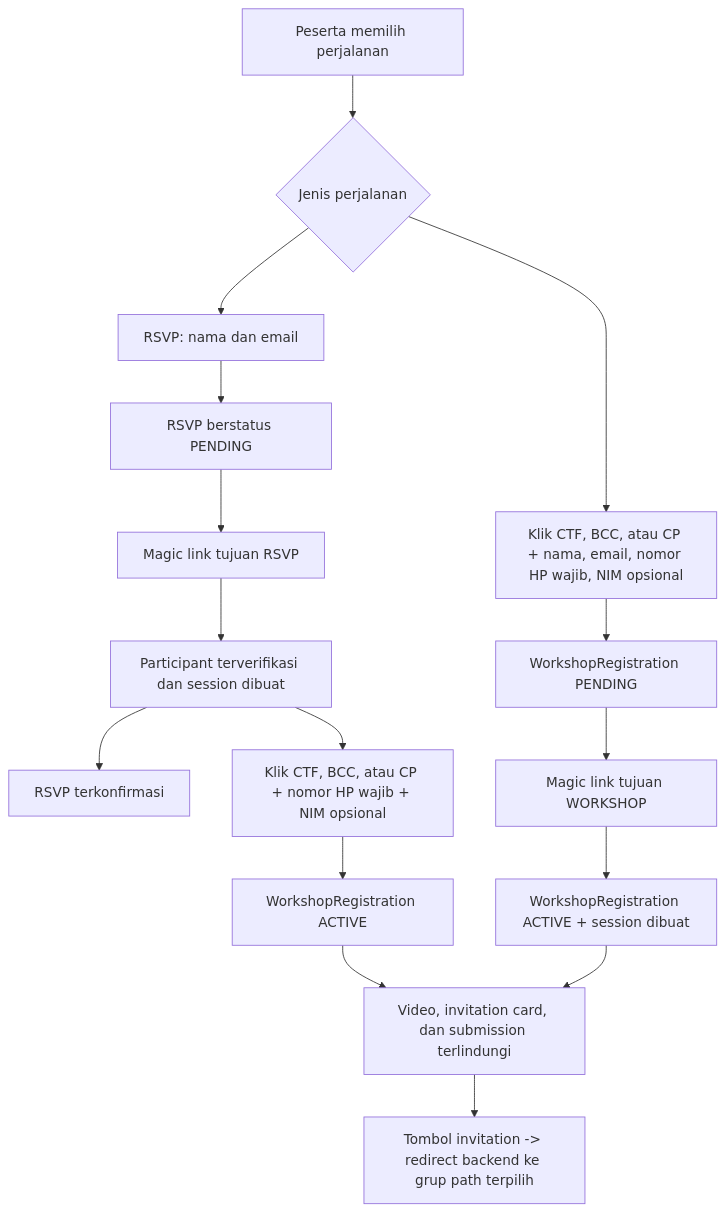
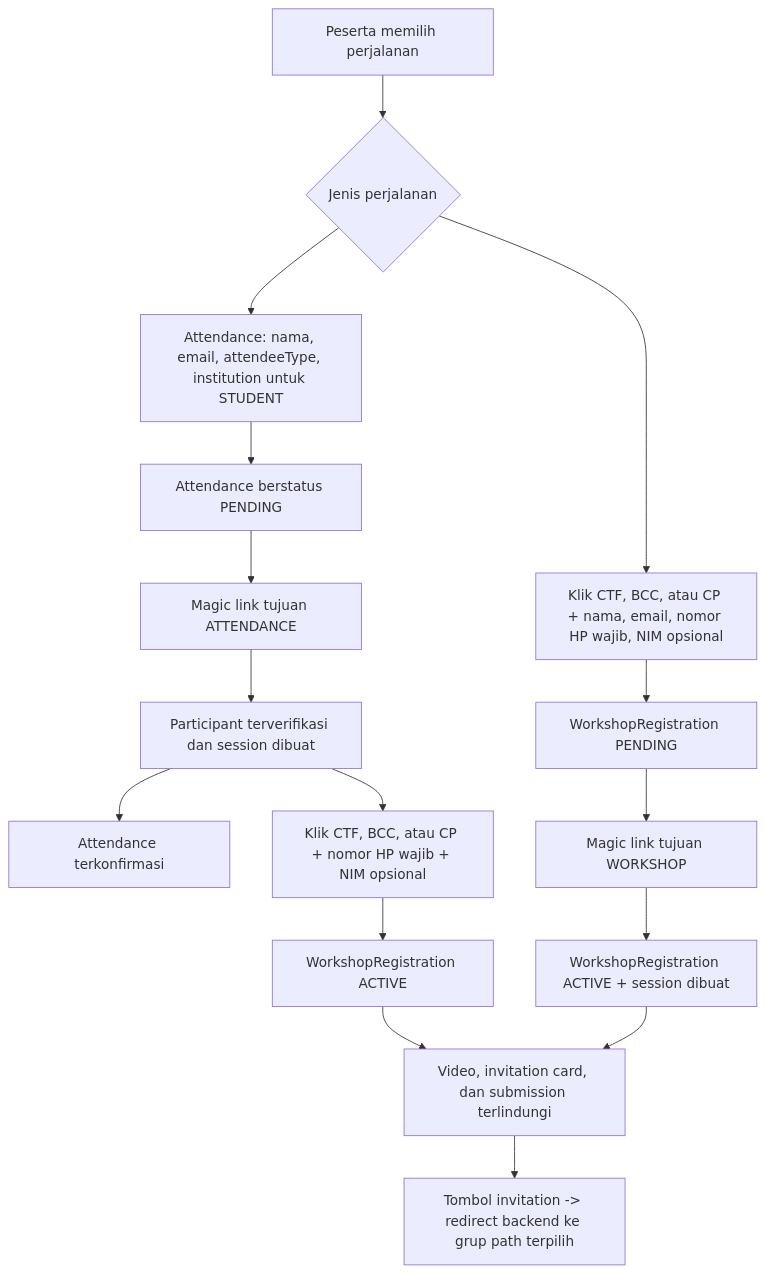
One commit to Website-AKSANG-SPARTA-2025/website-AkSang-SPARTA-2025 changed the first of 4 diagrams in docs/backend/README.md. Above: the diagram before and after it, drawn with Mermaid. The commit also changed other lines of this file and 11 other files, not shown here.

````diff
--- a/docs/backend/README.md
+++ b/docs/backend/README.md
@@ -24,21 +25,21 @@
 ```mermaid
 flowchart TB
     start["Peserta memilih perjalanan"] --> choice{"Jenis perjalanan"}
 
-    choice --> rsvpForm["RSVP: nama dan email"]
-    rsvpForm --> rsvpPending["RSVP berstatus PENDING"]
-    rsvpPending --> rsvpLink["Magic link tujuan RSVP"]
-    rsvpLink --> rsvpSession["Participant terverifikasi dan session dibuat"]
-    rsvpSession --> event["RSVP terkonfirmasi"]
-    rsvpSession --> rsvpWorkshop["Klik CTF, BCC, atau CP + nomor HP wajib + NIM opsional"]
-    rsvpWorkshop --> rsvpActive["WorkshopRegistration ACTIVE"]
+    choice --> AttendanceForm["Attendance: nama, email, attendeeType, institution untuk STUDENT"]
+    AttendanceForm --> AttendancePending["Attendance berstatus PENDING"]
+    AttendancePending --> AttendanceLink["Magic link tujuan ATTENDANCE"]
+    AttendanceLink --> AttendanceSession["Participant terverifikasi dan session dibuat"]
+    AttendanceSession --> event["Attendance terkonfirmasi"]
+    AttendanceSession --> AttendanceWorkshop["Klik CTF, BCC, atau CP + nomor HP wajib + NIM opsional"]
+    AttendanceWorkshop --> AttendanceActive["WorkshopRegistration ACTIVE"]
 
     choice --> workshopForm["Klik CTF, BCC, atau CP + nama, email, nomor HP wajib, NIM opsional"]
     workshopForm --> workshopPending["WorkshopRegistration PENDING"]
     workshopPending --> workshopLink["Magic link tujuan WORKSHOP"]
     workshopLink --> workshopActive["WorkshopRegistration ACTIVE + session dibuat"]
 
-    rsvpActive --> protectedAccess["Video, invitation card, dan submission terlindungi"]
+    AttendanceActive --> protectedAccess["Video, invitation card, dan submission terlindungi"]
     workshopActive --> protectedAccess
     protectedAccess --> invitation["Tombol invitation -> redirect backend ke grup path terpilih"]
 ```
````
